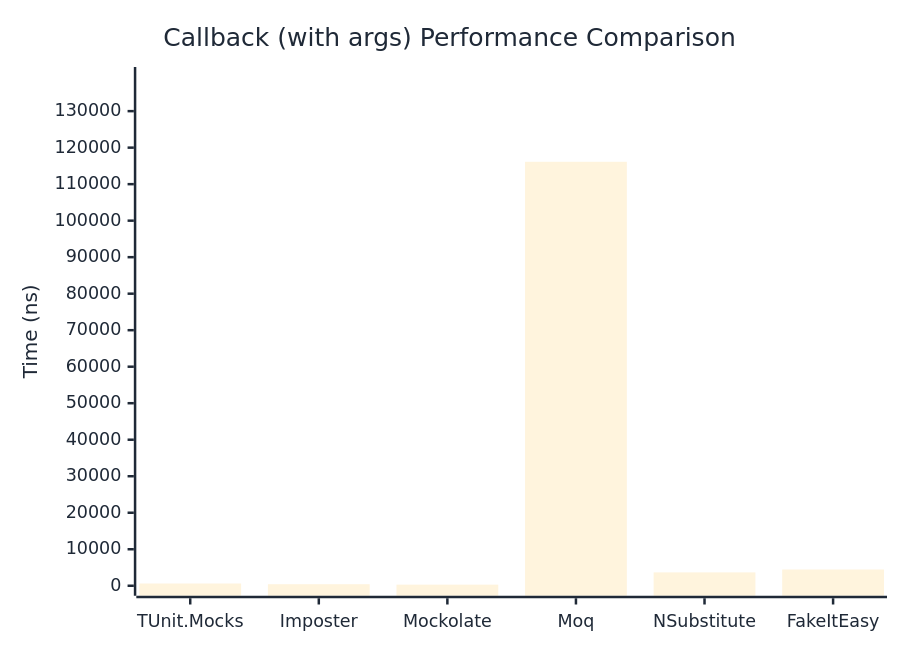
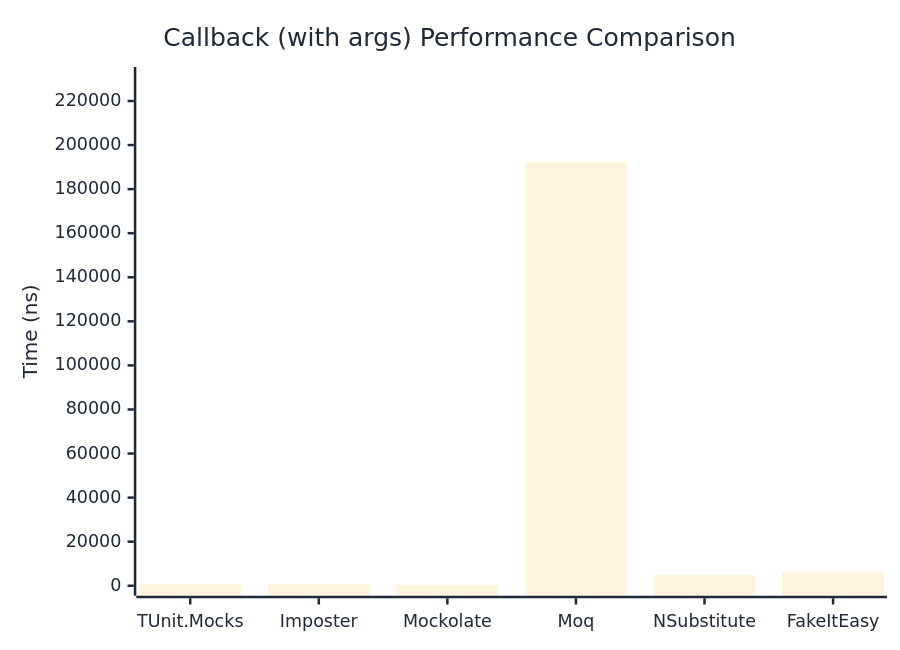
One commit to thomhurst/TUnit changed the second of 2 diagrams in docs/docs/benchmarks/mocks/Callback.md. Above: the diagram before and after it, drawn with Mermaid. The commit also changed other lines of this file and 14 other files, not shown here.

````diff
--- a/docs/docs/benchmarks/mocks/Callback.md
+++ b/docs/docs/benchmarks/mocks/Callback.md
@@ -71,27 +71,27 @@
 ```mermaid
 %%{init: {
   'theme':'base',
   'themeVariables': {
     'primaryColor': '#2563eb',
     'primaryTextColor': '#1f2937',
     'primaryBorderColor': '#1e40af',
     'lineColor': '#6b7280',
     'secondaryColor': '#7c3aed',
     'tertiaryColor': '#dc2626',
     'background': '#ffffff',
     'pie1': '#2563eb',
     'pie2': '#7c3aed',
     'pie3': '#dc2626',
     'pie4': '#f59e0b',
     'pie5': '#10b981',
     'pie6': '#06b6d4',
     'pie7': '#ec4899',
     'pie8': '#6366f1'
   }
 }}%%
 xychart-beta
   title "Callback (with args) Performance Comparison"
   x-axis ["TUnit.Mocks", "Imposter", "Mockolate", "Moq", "NSubstitute", "FakeItEasy"]
-  y-axis "Time (ns)" 0 --> 139350
-  bar [617.3, 418, 305.4, 116124.8, 3657.8, 4452.1]
+  y-axis "Time (ns)" 0 --> 230883
+  bar [786.6, 578.2, 395.3, 192402, 4989, 6422.3]
 ```
````
